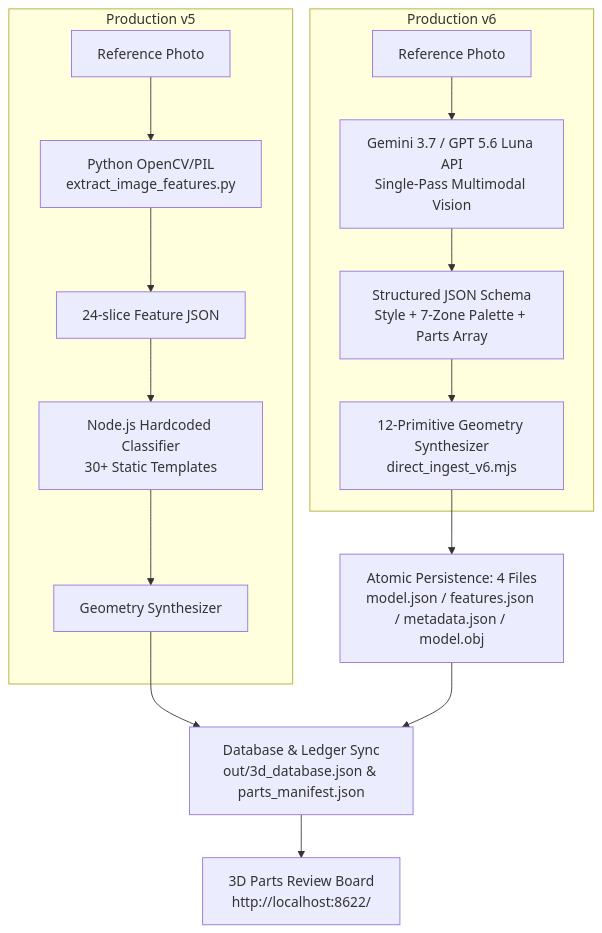
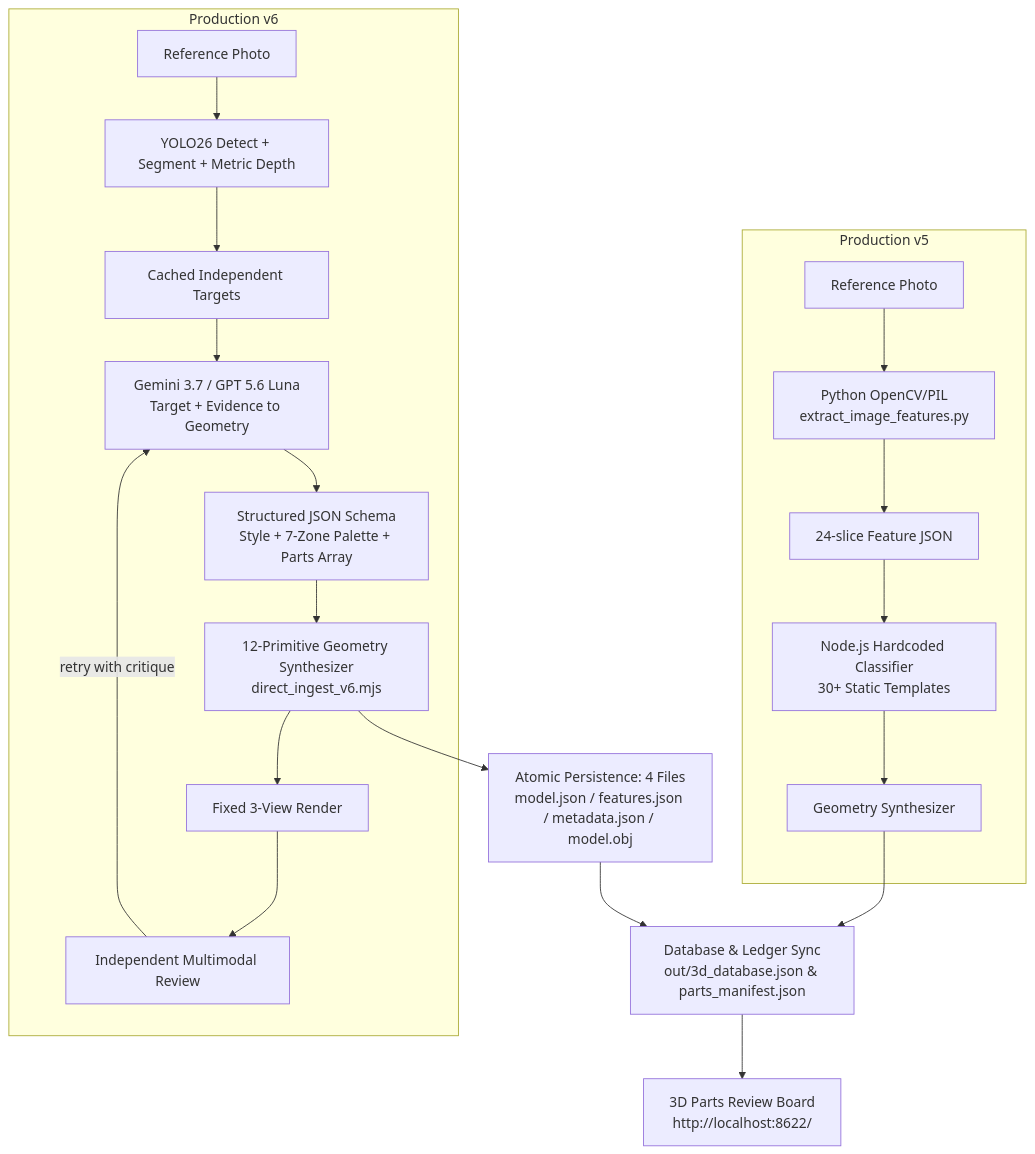
One commit to changweilin/steel_vs_swarm changed the diagram in .agents/skills/llm-img-to-3d-pipeline/SKILL.md. Above: the diagram before and after it, drawn with Mermaid. The commit also changed other lines of this file and 53 other files, not shown here.

````diff
--- a/.agents/skills/llm-img-to-3d-pipeline/SKILL.md
+++ b/.agents/skills/llm-img-to-3d-pipeline/SKILL.md
@@ -40,20 +57,25 @@
 ```mermaid
 graph TD
     subgraph "Production v5"
         IMG_OLD[Reference Photo] --> PY_CV[Python OpenCV/PIL<br>extract_image_features.py]
         PY_CV --> FEAT_JSON[24-slice Feature JSON]
         FEAT_JSON --> RULE_SYS[Node.js Hardcoded Classifier<br>30+ Static Templates]
         RULE_SYS --> GEO_V5[Geometry Synthesizer]
     end
 
     subgraph "Production v6"
-        IMG_NEW[Reference Photo] --> GEMINI_API[Gemini 3.7 / GPT 5.6 Luna API<br>Single-Pass Multimodal Vision]
+        IMG_NEW[Reference Photo] --> YOLO26[YOLO26 Detect + Segment + Metric Depth]
+        YOLO26 --> TARGETS[Cached Independent Targets]
+        TARGETS --> GEMINI_API[Gemini 3.7 / GPT 5.6 Luna<br>Target + Evidence to Geometry]
         GEMINI_API --> STRUCT_JSON[Structured JSON Schema<br>Style + 7-Zone Palette + Parts Array]
         STRUCT_JSON --> GEO_V6[12-Primitive Geometry Synthesizer<br>direct_ingest_v6.mjs]
+        GEO_V6 --> PREVIEW[Fixed 3-View Render]
+        PREVIEW --> REVIEW[Independent Multimodal Review]
+        REVIEW -->|retry with critique| GEMINI_API
     end
 
     GEO_V5 --> DB_SYNC
     GEO_V6 --> ATOMIC_SAVE[Atomic Persistence: 4 Files<br>model.json / features.json / metadata.json / model.obj]
     ATOMIC_SAVE --> DB_SYNC[Database & Ledger Sync<br>out/3d_database.json & parts_manifest.json]
     DB_SYNC --> REVIEW_BOARD[3D Parts Review Board<br>http://localhost:8622/]
 ```
````
